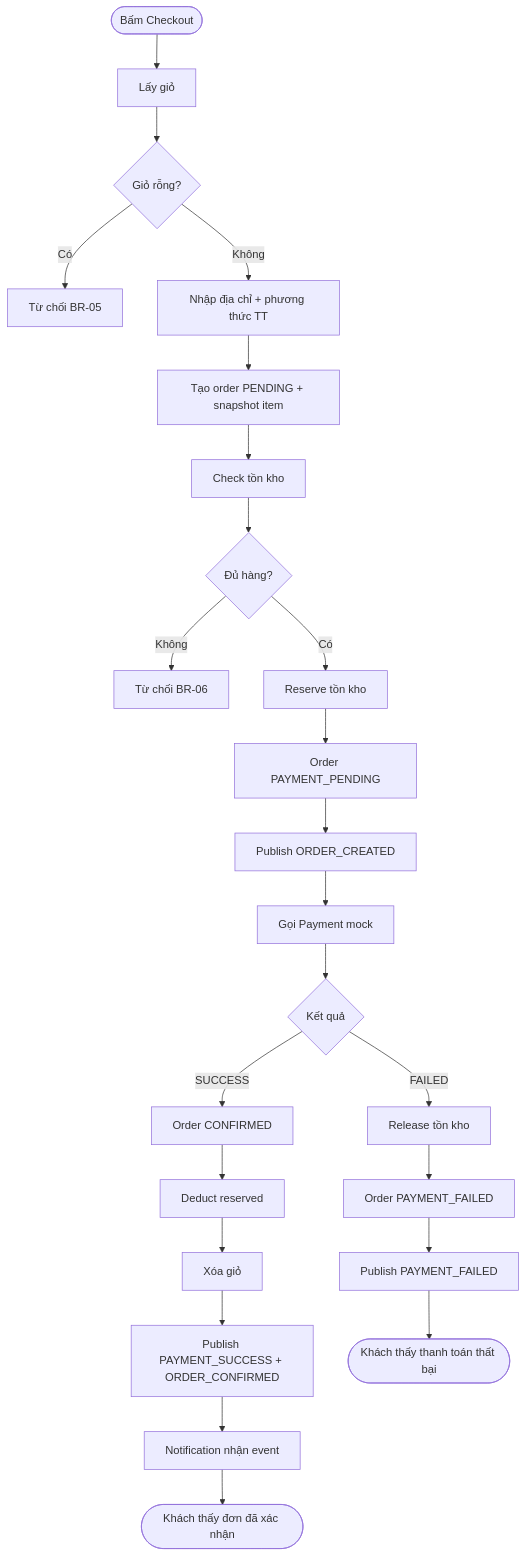
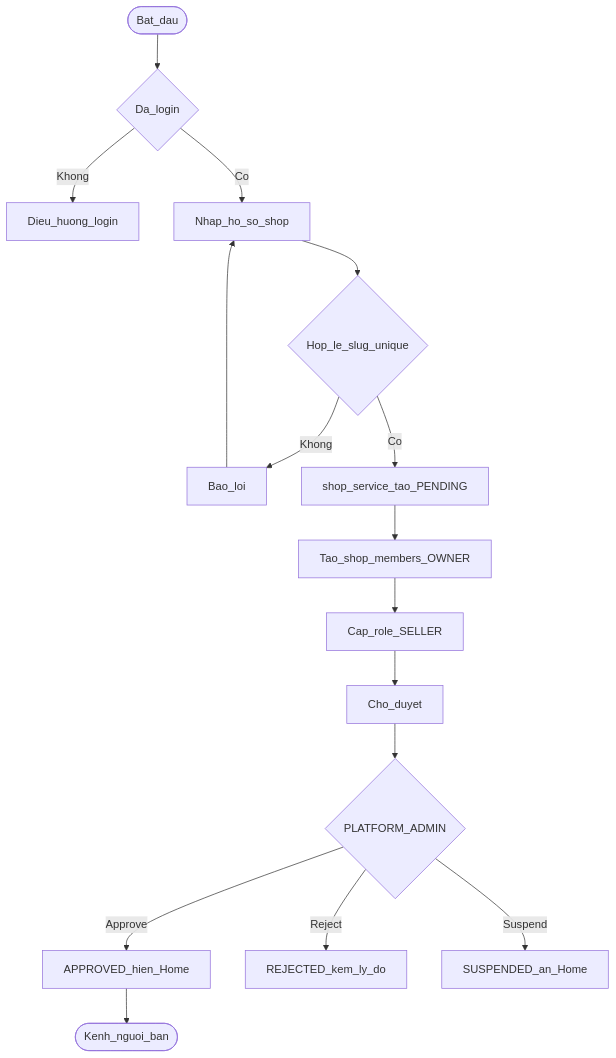
One commit to trinhvanhai1994/GTVT_ecommerce changed the fifth of 16 diagrams in BAO-CAO-DO-AN.md. Above: the diagram before and after it, drawn with Mermaid. The commit also changed other lines of this file and 99 other files, not shown here.

````diff
--- a/BAO-CAO-DO-AN.md
+++ b/BAO-CAO-DO-AN.md
@@ -239,26 +402,18 @@
 ```mermaid
 flowchart TD
-  A([Bấm Checkout]) --> B[Lấy giỏ]
-  B --> C{Giỏ rỗng?}
-  C -->|Có| D[Từ chối BR-05]
-  C -->|Không| E[Nhập địa chỉ + phương thức TT]
-  E --> F[Tạo order PENDING + snapshot item]
-  F --> G[Check tồn kho]
-  G --> H{Đủ hàng?}
-  H -->|Không| I[Từ chối BR-06]
-  H -->|Có| J[Reserve tồn kho]
-  J --> K[Order PAYMENT_PENDING]
-  K --> L[Publish ORDER_CREATED]
-  L --> M[Gọi Payment mock]
-  M --> N{Kết quả}
-  N -->|SUCCESS| O[Order CONFIRMED]
-  O --> P[Deduct reserved]
-  P --> Q[Xóa giỏ]
-  Q --> R[Publish PAYMENT_SUCCESS + ORDER_CONFIRMED]
-  R --> S[Notification nhận event]
-  S --> T([Khách thấy đơn đã xác nhận])
-  N -->|FAILED| U[Release tồn kho]
-  U --> V[Order PAYMENT_FAILED]
-  V --> W[Publish PAYMENT_FAILED]
-  W --> X([Khách thấy thanh toán thất bại])
+  startReg([Bat_dau]) --> login{Da_login}
+  login -->|Khong| goLogin[Dieu_huong_login]
+  login -->|Co| form[Nhap_ho_so_shop]
+  form --> valid{Hop_le_slug_unique}
+  valid -->|Khong| err[Bao_loi]
+  err --> form
+  valid -->|Co| create[shop_service_tao_PENDING]
+  create --> member[Tao_shop_members_OWNER]
+  member --> role[Cap_role_SELLER]
+  role --> wait[Cho_duyet]
+  wait --> admin{PLATFORM_ADMIN}
+  admin -->|Approve| ok[APPROVED_hien_Home]
+  admin -->|Reject| rej[REJECTED_kem_ly_do]
+  admin -->|Suspend| sus[SUSPENDED_an_Home]
+  ok --> sellerCenter([Kenh_nguoi_ban])
 ```
````
